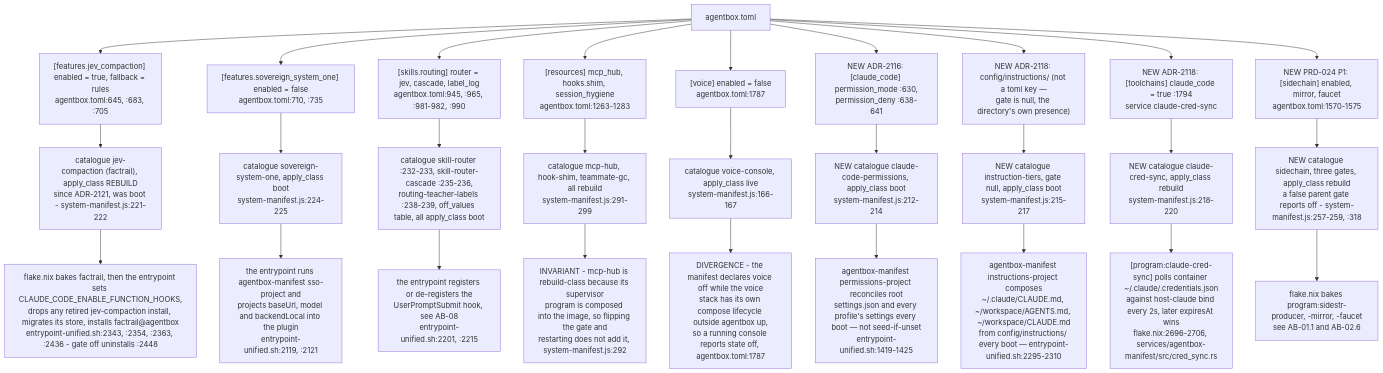
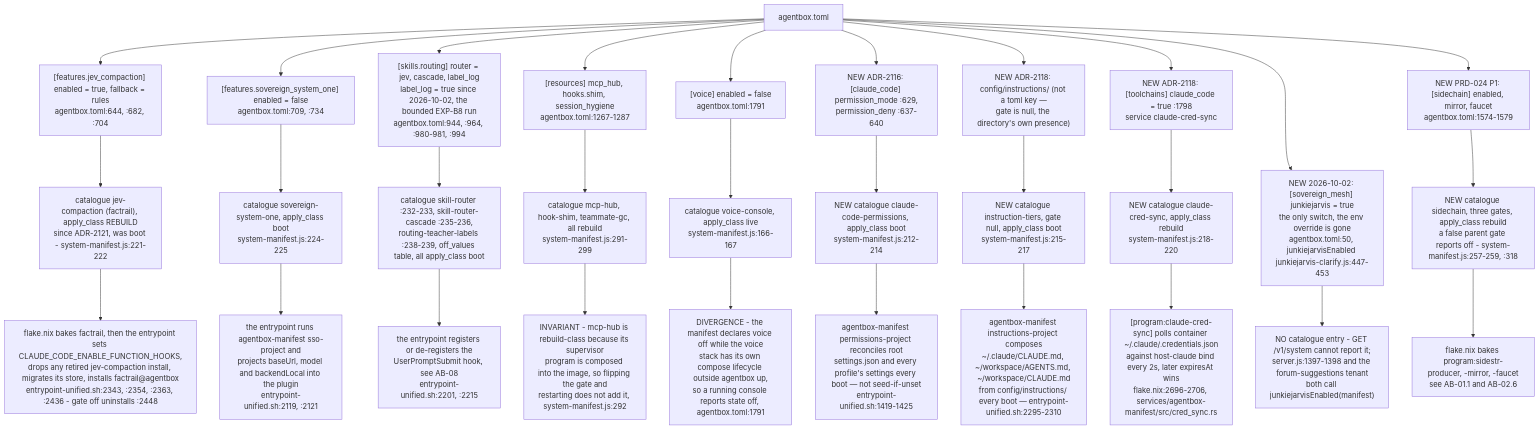
Before and after one commit to DreamLab-AI/VisionFlow: diagram 12 of 14 in docs/diagrams/agentbox/05-manifest-gates-and-cli.md, drawn with Mermaid. The commit also changed other lines of this file and 31 other files, not shown here.

````diff
--- a/docs/diagrams/agentbox/05-manifest-gates-and-cli.md
+++ b/docs/diagrams/agentbox/05-manifest-gates-and-cli.md
@@ -359,34 +362,37 @@
 ```mermaid
 flowchart TB
     TOML["agentbox.toml"]
-    TOML --> F1["[features.jev_compaction] enabled = true, fallback = rules<br/>agentbox.toml:645, :683, :705"]
-    TOML --> F2["[features.sovereign_system_one] enabled = false<br/>agentbox.toml:710, :735"]
-    TOML --> F3["[skills.routing] router = jev, cascade, label_log<br/>agentbox.toml:945, :965, :981-982, :990"]
-    TOML --> F4["[resources] mcp_hub, hooks.shim, session_hygiene<br/>agentbox.toml:1263-1283"]
-    TOML --> F5["[voice] enabled = false<br/>agentbox.toml:1787"]
-    TOML --> F6["NEW ADR-2116: [claude_code] permission_mode :630,<br/>permission_deny :638-641"]
+    TOML --> F1["[features.jev_compaction] enabled = true, fallback = rules<br/>agentbox.toml:644, :682, :704"]
+    TOML --> F2["[features.sovereign_system_one] enabled = false<br/>agentbox.toml:709, :734"]
+    TOML --> F3["[skills.routing] router = jev, cascade, label_log<br/>label_log = true since 2026-10-02, the bounded EXP-B8 run<br/>agentbox.toml:944, :964, :980-981, :994"]
+    TOML --> F4["[resources] mcp_hub, hooks.shim, session_hygiene<br/>agentbox.toml:1267-1287"]
+    TOML --> F5["[voice] enabled = false<br/>agentbox.toml:1791"]
+    TOML --> F6["NEW ADR-2116: [claude_code] permission_mode :629,<br/>permission_deny :637-640"]
     TOML --> F7["NEW ADR-2118: config/instructions/ (not a toml key —<br/>gate is null, the directory's own presence)"]
-    TOML --> F8["NEW ADR-2118: [toolchains] claude_code = true :1794<br/>service claude-cred-sync"]
-    TOML --> F9["NEW PRD-024 P1: [sidechain] enabled, mirror, faucet<br/>agentbox.toml:1570-1575"]
+    TOML --> F8["NEW ADR-2118: [toolchains] claude_code = true :1798<br/>service claude-cred-sync"]
+    TOML --> F9["NEW PRD-024 P1: [sidechain] enabled, mirror, faucet<br/>agentbox.toml:1574-1579"]
+    F9 ~~~ F10["NEW 2026-10-02: [sovereign_mesh] junkiejarvis = true<br/>the only switch, the env override is gone<br/>agentbox.toml:50, junkiejarvisEnabled junkiejarvis-clarify.js:447-453"]
+    TOML --> F10
 
     F1 --> C1["catalogue jev-compaction (factrail), apply_class REBUILD<br/>since ADR-2121, was boot - system-manifest.js:221-222"]
     F2 --> C2["catalogue sovereign-system-one, apply_class boot<br/>system-manifest.js:224-225"]
     F3 --> C3["catalogue skill-router :232-233, skill-router-cascade :235-236,<br/>routing-teacher-labels :238-239, off_values table, all apply_class boot"]
     F4 --> C4["catalogue mcp-hub, hook-shim, teammate-gc, all rebuild<br/>system-manifest.js:291-299"]
     F5 --> C5["catalogue voice-console, apply_class live<br/>system-manifest.js:166-167"]
     F6 --> C6["NEW catalogue claude-code-permissions, apply_class boot<br/>system-manifest.js:212-214"]
     F7 --> C7["NEW catalogue instruction-tiers, gate null, apply_class boot<br/>system-manifest.js:215-217"]
     F8 --> C8["NEW catalogue claude-cred-sync, apply_class rebuild<br/>system-manifest.js:218-220"]
     F9 --> C9["NEW catalogue sidechain, three gates, apply_class rebuild<br/>a false parent gate reports off - system-manifest.js:257-259, :318"]
 
     C1 --> B1["flake.nix bakes factrail, then the entrypoint sets CLAUDE_CODE_ENABLE_FUNCTION_HOOKS,<br/>drops any retired jev-compaction install, migrates its store, installs factrail@agentbox<br/>entrypoint-unified.sh:2343, :2354, :2363, :2436 - gate off uninstalls :2448"]
     C2 --> B2["the entrypoint runs agentbox-manifest sso-project and<br/>projects baseUrl, model and backendLocal into the plugin<br/>entrypoint-unified.sh:2119, :2121"]
     C3 --> B3["the entrypoint registers or de-registers the<br/>UserPromptSubmit hook, see AB-08<br/>entrypoint-unified.sh:2201, :2215"]
     C6 --> B6["agentbox-manifest permissions-project reconciles root<br/>settings.json and every profile's settings every boot — not seed-if-unset<br/>entrypoint-unified.sh:1419-1425"]
     C7 --> B7["agentbox-manifest instructions-project composes<br/>~/.claude/CLAUDE.md, ~/workspace/AGENTS.md, ~/workspace/CLAUDE.md<br/>from config/instructions/ every boot — entrypoint-unified.sh:2295-2310"]
     C9 --> B9["flake.nix bakes program:sidestr-producer, -mirror, -faucet<br/>see AB-01.1 and AB-02.6"]
     C8 --> B8["[program:claude-cred-sync] polls container ~/.claude/.credentials.json<br/>against host-claude bind every 2s, later expiresAt wins<br/>flake.nix:2696-2706, services/agentbox-manifest/src/cred_sync.rs"]
 
-    C5 --> DIV["DIVERGENCE - the manifest declares voice off while the voice<br/>stack has its own compose lifecycle outside agentbox up,<br/>so a running console reports state off, agentbox.toml:1787"]
+    C5 --> DIV["DIVERGENCE - the manifest declares voice off while the voice<br/>stack has its own compose lifecycle outside agentbox up,<br/>so a running console reports state off, agentbox.toml:1791"]
+    F10 --> C10["NO catalogue entry - GET /v1/system cannot report it;<br/>server.js:1397-1398 and the forum-suggestions tenant<br/>both call junkiejarvisEnabled(manifest)"]
     C4 --> REB["INVARIANT - mcp-hub is rebuild-class because its supervisor<br/>program is composed into the image, so flipping the gate and<br/>restarting does not add it, system-manifest.js:292"]
 ```
````
